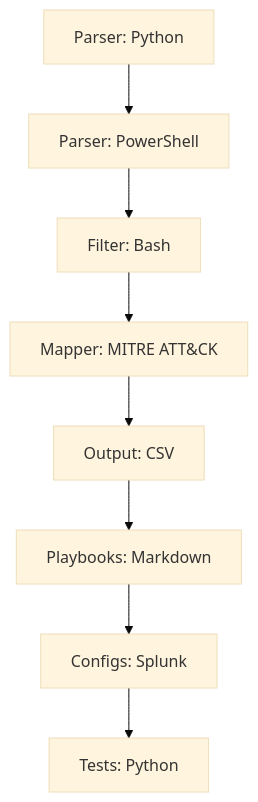
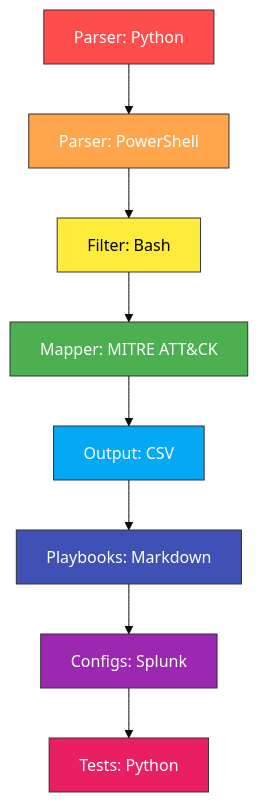
Before and after one commit to ennduka86-spec/SIEM-Log-Parsing-Scripts: the first of 2 diagrams in README.md, drawn with Mermaid (base theme).

````diff
--- a/README.md
+++ b/README.md
@@ -137,11 +137,20 @@
 ```mermaid
 flowchart TD
-    A["Parser: Python"] --> B["Parser: PowerShell"]
-    B --> C["Filter: Bash"]
-    C --> D["Mapper: MITRE ATT&CK"]
-    D --> E["Output: CSV"]
-    E --> F["Playbooks: Markdown"]
-    F --> G["Configs: Splunk"]
-    G --> H["Tests: Python"]
+    A["Parser: Python"]:::red --> B["Parser: PowerShell"]:::orange
+    B --> C["Filter: Bash"]:::yellow
+    C --> D["Mapper: MITRE ATT&CK"]:::green
+    D --> E["Output: CSV"]:::lightblue
+    E --> F["Playbooks: Markdown"]:::blue
+    F --> G["Configs: Splunk"]:::purple
+    G --> H["Tests: Python"]:::pink
+
+    classDef red fill:#ff4d4d,color:#fff,stroke:#333,stroke-width:1px;
+    classDef orange fill:#ffa64d,color:#fff,stroke:#333,stroke-width:1px;
+    classDef yellow fill:#ffeb3b,color:#000,stroke:#333,stroke-width:1px;
+    classDef green fill:#4caf50,color:#fff,stroke:#333,stroke-width:1px;
+    classDef lightblue fill:#03a9f4,color:#fff,stroke:#333,stroke-width:1px;
+    classDef blue fill:#3f51b5,color:#fff,stroke:#333,stroke-width:1px;
+    classDef purple fill:#9c27b0,color:#fff,stroke:#333,stroke-width:1px;
+    classDef pink fill:#e91e63,color:#fff,stroke:#333,stroke-width:1px;
 
 ```
````
